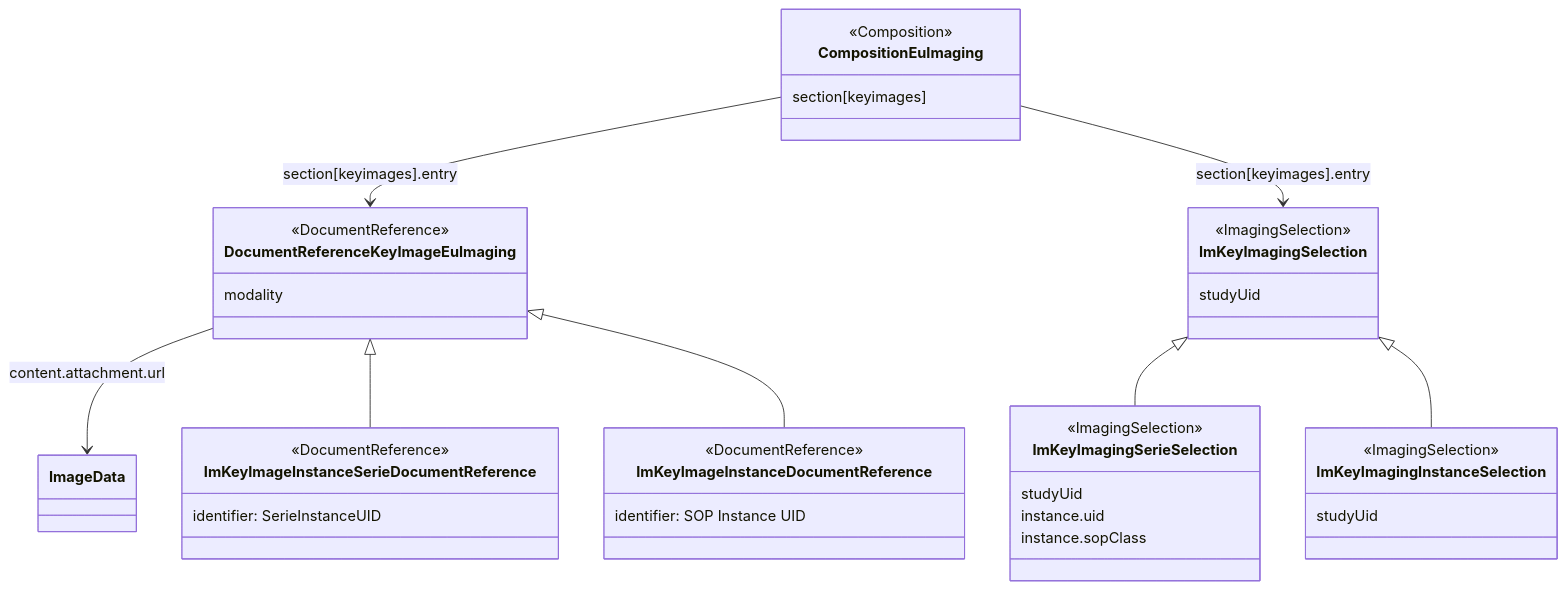
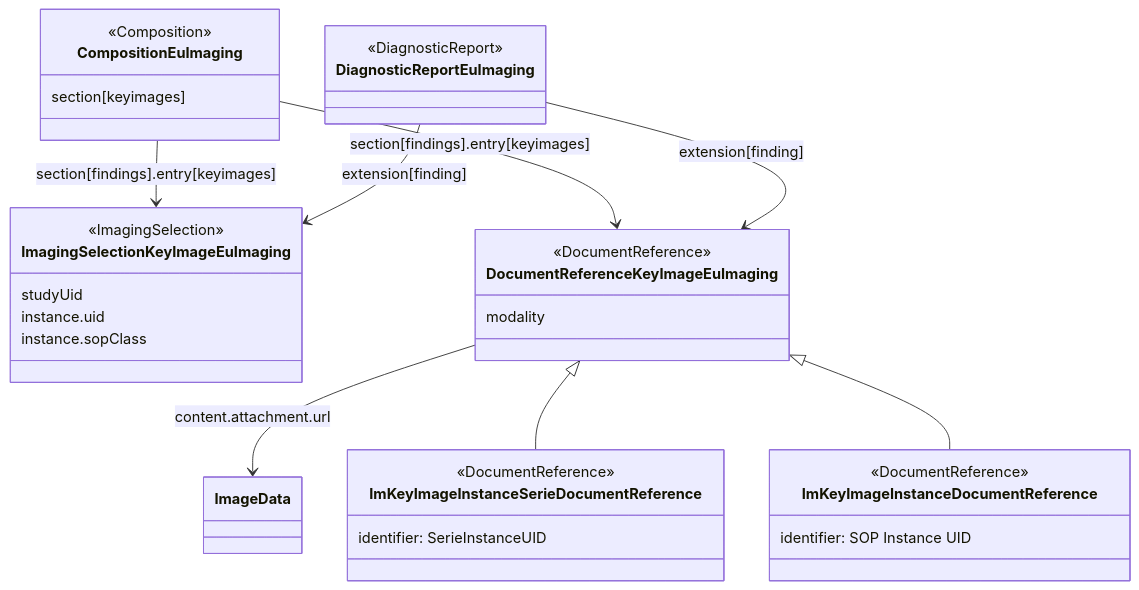
Before and after one commit to hl7-eu/imaging: the diagram in igs/imaging-r5/input/pagecontent/design-consideration-keyimages.md, drawn with Mermaid. The commit also changed other lines of this file and 27 other files, not shown here.

````diff
--- a/igs/imaging-r5/input/pagecontent/design-consideration-keyimages.md
+++ b/igs/imaging-r5/input/pagecontent/design-consideration-keyimages.md
@@ -30,43 +30,40 @@
 ```mermaid
 classDiagram
     direction TD
-    class ImKeyImagingSelection{ 
-        <<ImagingSelection>>
-        studyUid
-    }
-    class ImKeyImagingInstanceSelection{ 
-        <<ImagingSelection>>
-        studyUid
-    }
-    class ImKeyImagingSerieSelection{ 
+
+    class ImagingSelectionKeyImageEuImaging{ 
         <<ImagingSelection>>
         studyUid
         instance.uid
         instance.sopClass
     }
+
+
     class DocumentReferenceKeyImageEuImaging{ 
         <<DocumentReference>> 
         modality
     }
     class ImKeyImageInstanceDocumentReference{ 
         <<DocumentReference>>
         identifier: SOP Instance UID
     }
     class ImKeyImageInstanceSerieDocumentReference{ 
         <<DocumentReference>>
         identifier: SerieInstanceUID
     }
     class CompositionEuImaging{ 
         <<Composition>>
         section[keyimages]
     }
-    CompositionEuImaging --> DocumentReferenceKeyImageEuImaging: section[keyimages].entry
-    CompositionEuImaging --> ImKeyImagingSelection: section[keyimages].entry
+    class DiagnosticReportEuImaging{
+        <<DiagnosticReport>>
+    }
+    CompositionEuImaging --> DocumentReferenceKeyImageEuImaging: section[findings].entry[keyimages]
+    CompositionEuImaging --> ImagingSelectionKeyImageEuImaging: section[findings].entry[keyimages]
+    DiagnosticReportEuImaging --> DocumentReferenceKeyImageEuImaging: extension[finding]
+    DiagnosticReportEuImaging --> ImagingSelectionKeyImageEuImaging: extension[finding]
 
     DocumentReferenceKeyImageEuImaging --> ImageData: content.attachment.url
     DocumentReferenceKeyImageEuImaging <|-- ImKeyImageInstanceSerieDocumentReference
     DocumentReferenceKeyImageEuImaging <|-- ImKeyImageInstanceDocumentReference
-    ImKeyImagingSelection <|-- ImKeyImagingSerieSelection
-    ImKeyImagingSelection <|-- ImKeyImagingInstanceSelection
-    
 ```
````
